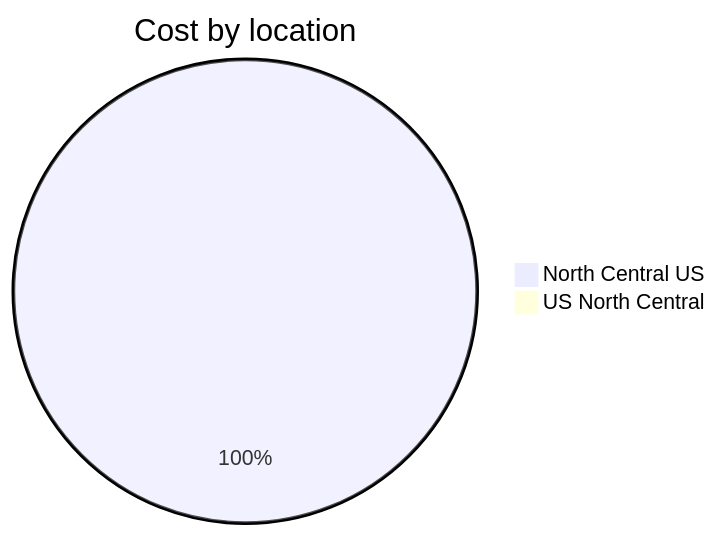
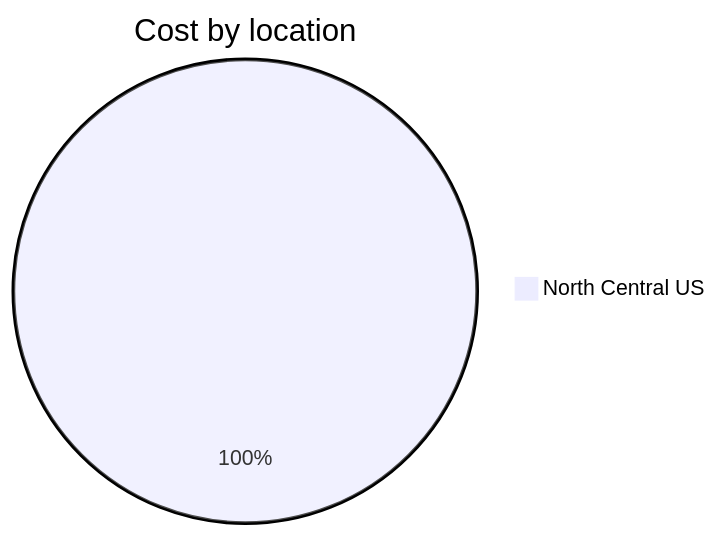
One commit to jpfulton/azure-personal-reports changed the third of 4 diagrams in cost-reports/personal-network/backup-server.md. Above: the diagram before and after it, drawn with Mermaid. The commit also changed other lines of this file and 8 other files, not shown here.

````diff
--- a/cost-reports/personal-network/backup-server.md
+++ b/cost-reports/personal-network/backup-server.md
@@ -110,6 +109,5 @@
 ```mermaid
 pie
    title Cost by location
-   "North Central US" : 4.86
-   "US North Central" : 0.00
+   "North Central US" : 5.03
 ```
````
